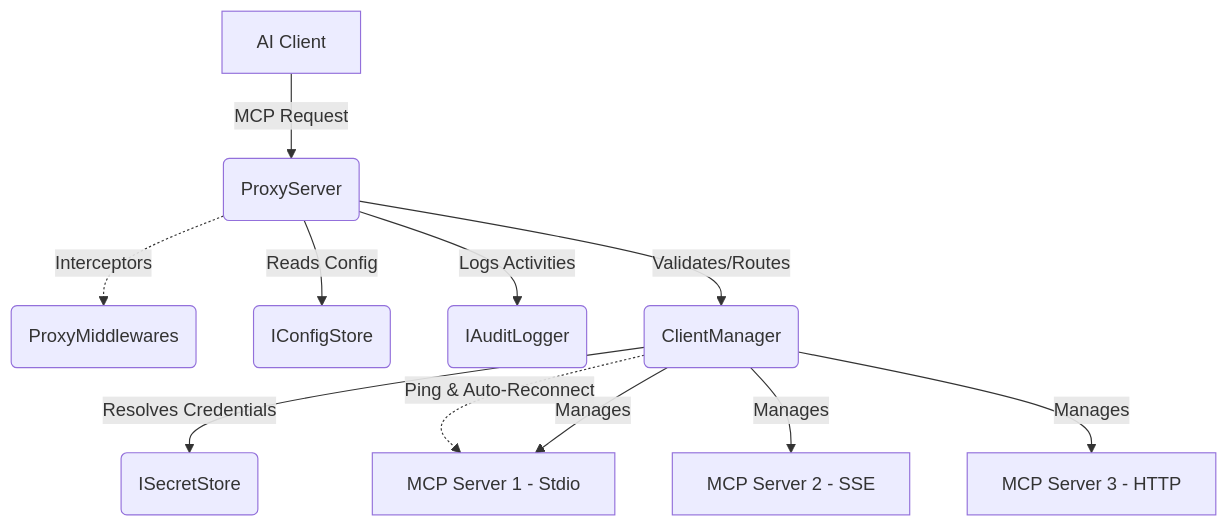
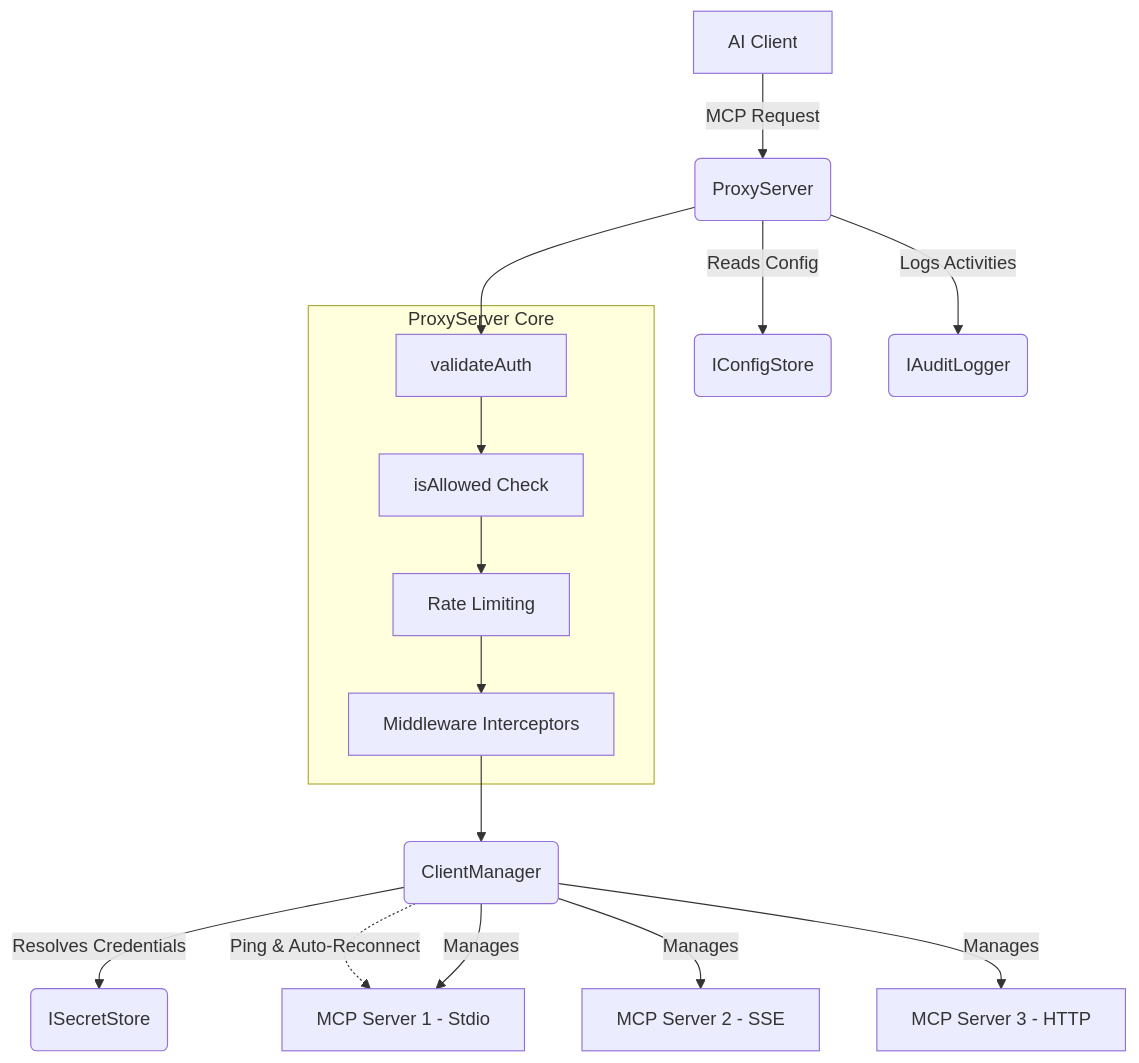
One commit to Cyber-Sec-Space/aag-core changed the first of 2 diagrams in ARCHITECTURE.md. Above: the diagram before and after it, drawn with Mermaid. The commit also changed other lines of this file and 6 other files, not shown here.

Commit message:
feat: add rate limiting middleware, update docs and architecture diagrams

````diff
--- a/ARCHITECTURE.md
+++ b/ARCHITECTURE.md
@@ -20,15 +20,26 @@
 ```mermaid
 graph TD
     Client[AI Client] -->|MCP Request| Proxy(ProxyServer)
     
-    Proxy -.->|Interceptors| MW(ProxyMiddlewares)
+    subgraph ProxyInternal [ProxyServer Core]
+        Auth[validateAuth]
+        RBAC[isAllowed Check]
+        RL[Rate Limiting]
+        MW[Middleware Interceptors]
+    end
+    
+    Proxy --> Auth
+    Auth --> RBAC
+    RBAC --> RL
+    RL --> MW
+    MW --> CM(ClientManager)
+    
     Proxy -->|Reads Config| Config(IConfigStore)
     Proxy -->|Logs Activities| Logger(IAuditLogger)
-    Proxy -->|Validates/Routes| CM(ClientManager)
     
     CM -->|Resolves Credentials| Secrets(ISecretStore)
     CM -.->|Ping & Auto-Reconnect| Downstream1
     CM -->|Manages| Downstream1[MCP Server 1 - Stdio]
     CM -->|Manages| Downstream2[MCP Server 2 - SSE]
     CM -->|Manages| Downstream3[MCP Server 3 - HTTP]
 ```
````
